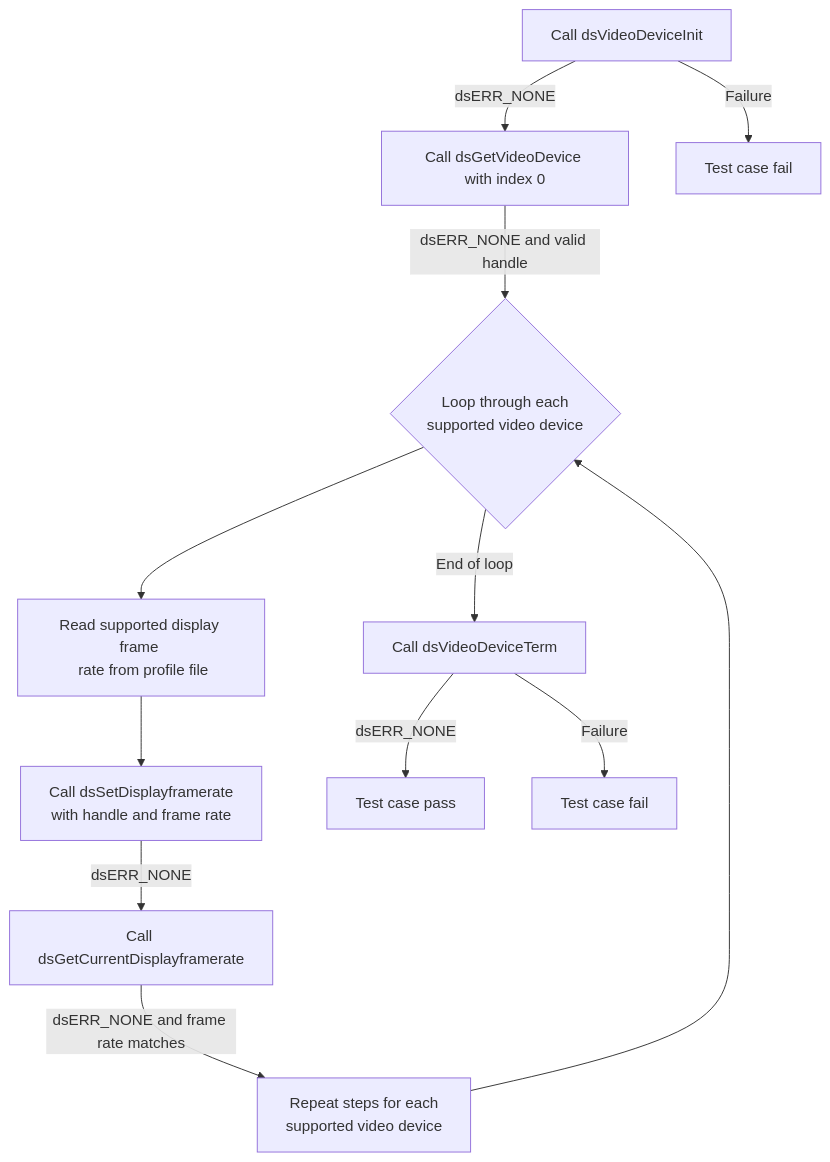
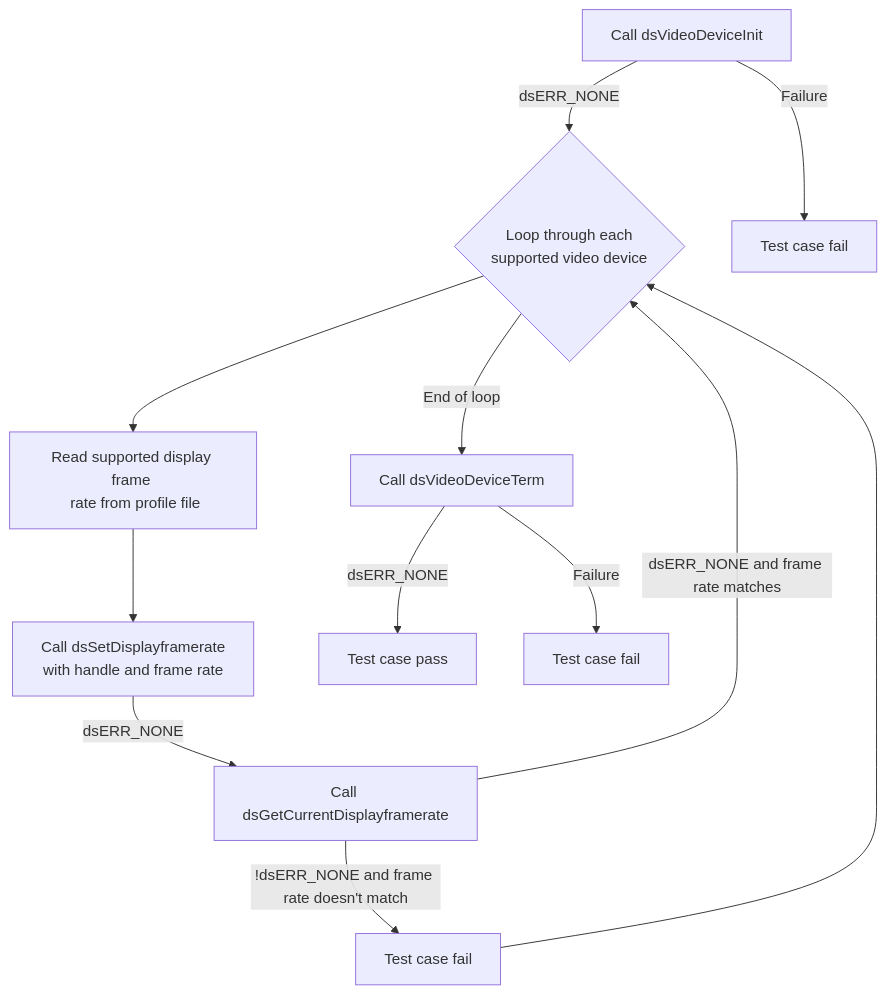
The fifth of 5 diagrams in docs/pages/ds-video-device_L2-Low-Level_TestSpec.md (rdkcentral/rdk-halif-test-device_settings), drawn with Mermaid before and after one commit. The commit also changed other lines of this file and 13 other files, not shown here.

````diff
--- a/docs/pages/ds-video-device_L2-Low-Level_TestSpec.md
+++ b/docs/pages/ds-video-device_L2-Low-Level_TestSpec.md
@@ -315,14 +240,14 @@
 ```mermaid
 graph TB
-A[Call dsVideoDeviceInit] -->|dsERR_NONE| B[Call dsGetVideoDevice with index 0]
-A -->|Failure| A1[Test case fail]
-B -->|dsERR_NONE and valid handle| C{Loop through each <br> supported video device}
-C --> D[Read supported display frame <br> rate from profile file]
+A[Call dsVideoDeviceInit] -->|dsERR_NONE|B{Loop through each <br> supported video device}
+A -->|Failure|A1[Test case fail]
+B --> D[Read supported display frame <br> rate from profile file]
 D --> E[Call dsSetDisplayframerate <br> with handle and frame rate]
-E -->|dsERR_NONE| F[Call dsGetCurrentDisplayframerate ]
-F -->|dsERR_NONE and frame rate matches| G[Repeat steps for each <br> supported video device]
-G --> C
-C --> |End of loop|H[Call dsVideoDeviceTerm]
-H -->|dsERR_NONE| I[Test case pass]
-H -->|Failure| H1[Test case fail]
+E -->|dsERR_NONE|F[Call dsGetCurrentDisplayframerate ]
+F -->|dsERR_NONE and frame rate matches|B
+F --> |!dsERR_NONE and frame rate doesn't match|F1[Test case fail]
+F1 --> B
+B -->|End of loop|H[Call dsVideoDeviceTerm]
+H -->|dsERR_NONE|I[Test case pass]
+H -->|Failure|H1[Test case fail]
 ```
````
